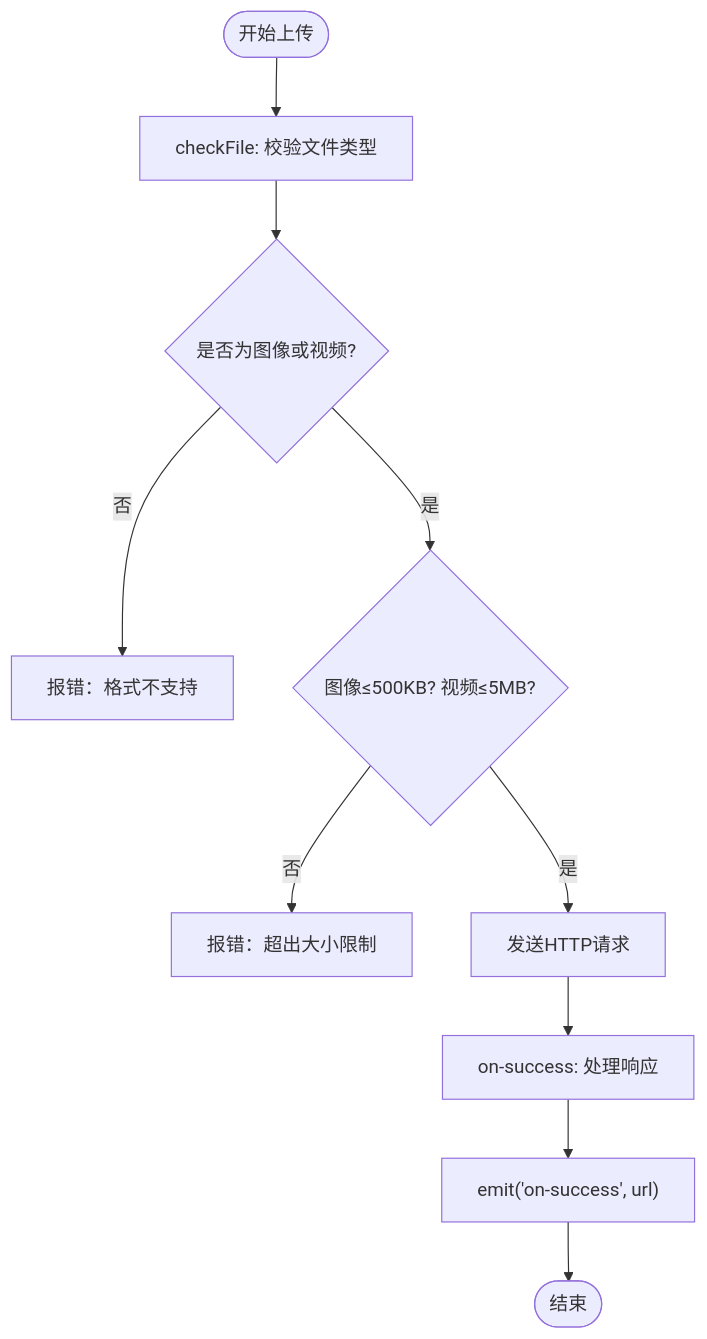
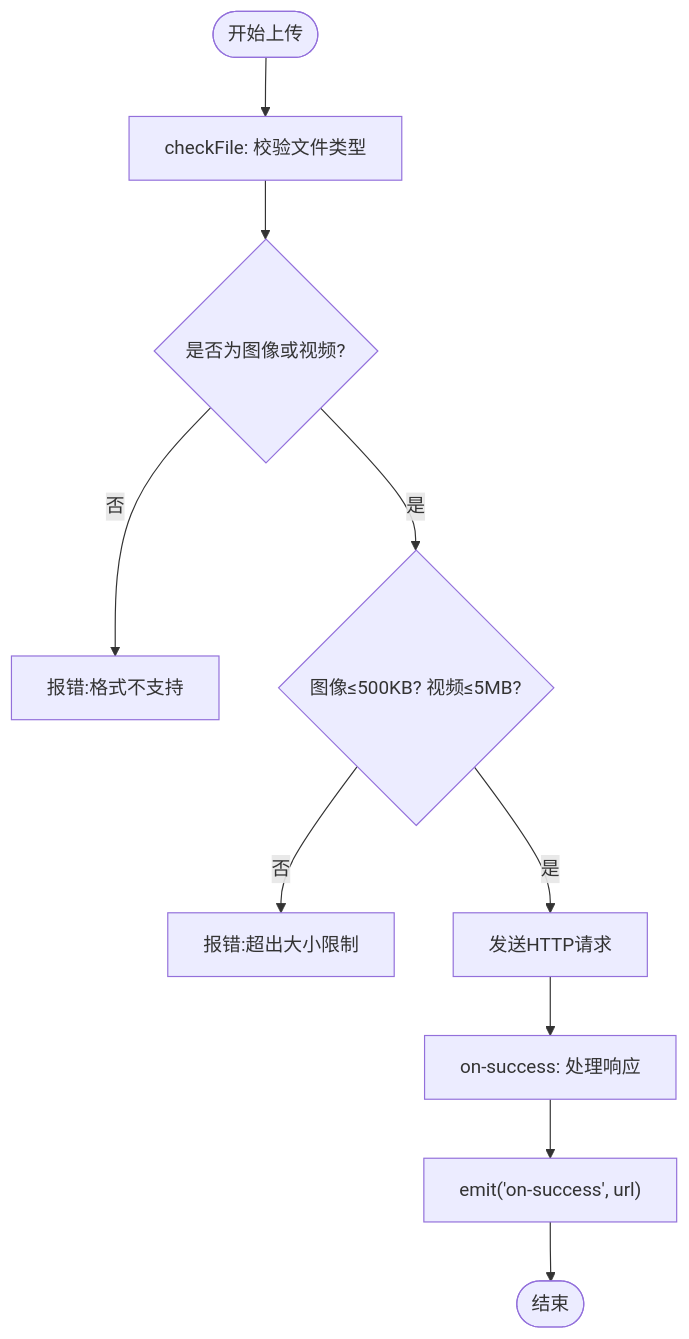
Before and after one commit to lele0124/qqgva: the fifth of 6 diagrams in .qoder/repowiki/zh/content/前端架构/组件体系/基础组件/文件上传组件 (upload)/图片裁剪上传组件 (cropper.vue).md, drawn with Mermaid. The commit also changed other lines of this file and 353 other files, not shown here.

````diff
--- a/.qoder/repowiki/zh/content/前端架构/组件体系/基础组件/文件上传组件 (upload)/图片裁剪上传组件 (cropper.vue).md
+++ b/.qoder/repowiki/zh/content/前端架构/组件体系/基础组件/文件上传组件 (upload)/图片裁剪上传组件 (cropper.vue).md
@@ -163,12 +163,12 @@
 ```mermaid
 flowchart TD
 A([开始上传]) --> B["checkFile: 校验文件类型"]
 B --> C{"是否为图像或视频?"}
-C --> |否| D["报错：格式不支持"]
+C --> |否| D["报错:格式不支持"]
 C --> |是| E{"图像≤500KB? 视频≤5MB?"}
-E --> |否| F["报错：超出大小限制"]
+E --> |否| F["报错:超出大小限制"]
 E --> |是| G["发送HTTP请求"]
 G --> H["on-success: 处理响应"]
 H --> I["emit('on-success', url)"]
 I --> J([结束])
 ```
````
